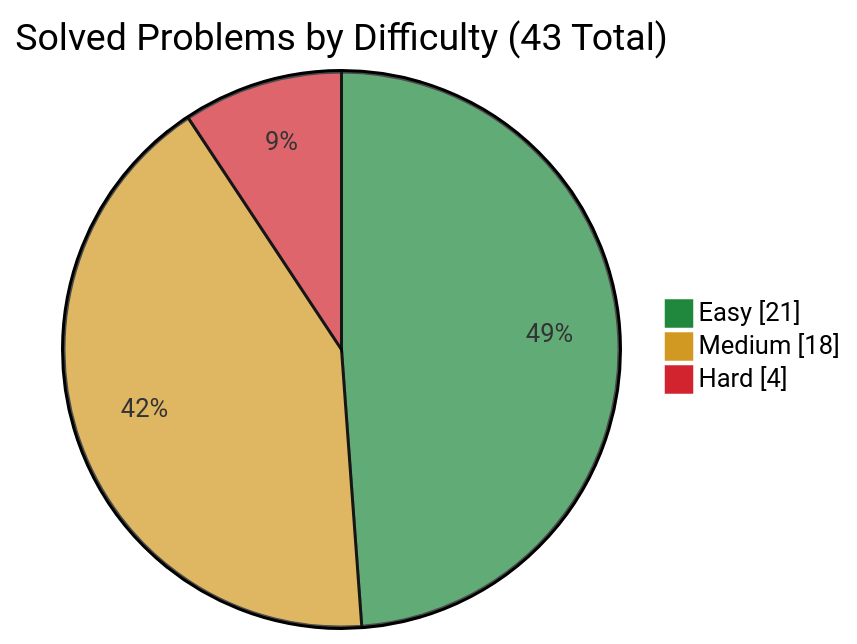
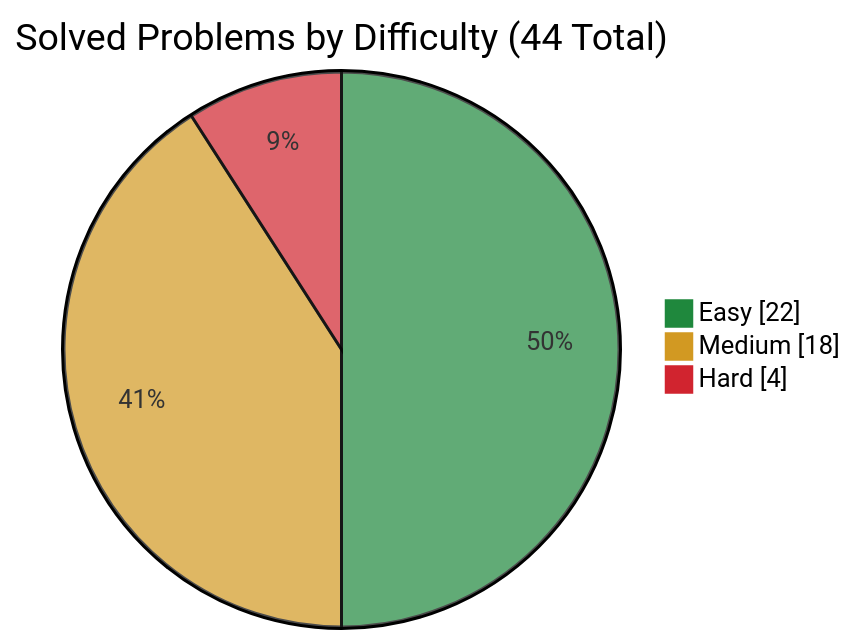
One commit to simonesiega/leetcode-solutions changed the second of 4 diagrams in README.md. Above: the diagram before and after it, drawn with Mermaid. The commit also changed other lines of this file and 3 other files, not shown here.

````diff
--- a/README.md
+++ b/README.md
@@ -91,8 +91,8 @@
 ```mermaid
 %%{init: {"themeVariables": {"pie1": "#1f883d", "pie2": "#d29922", "pie3": "#d1242f"}}}%%
 pie showData
-    title Solved Problems by Difficulty (43 Total)
-    "Easy" : 21
+    title Solved Problems by Difficulty (44 Total)
+    "Easy" : 22
     "Medium" : 18
     "Hard" : 4
 ```
````
